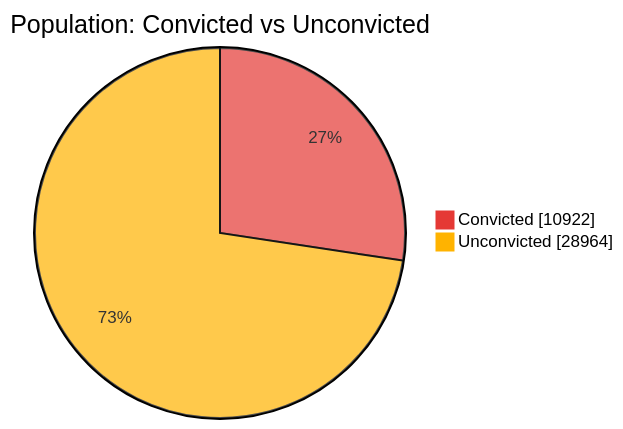
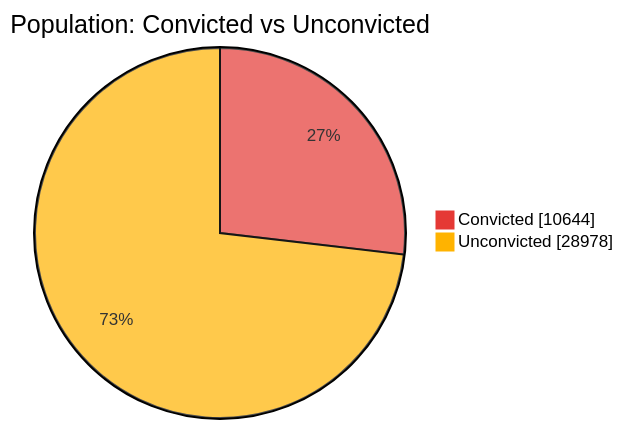
The first of 7 diagrams in README.md (nuuuwan/lk_prisons), drawn with Mermaid before and after one commit. The commit also changed other lines of this file and 1 other file, not shown here.

````diff
--- a/README.md
+++ b/README.md
@@ -43,6 +43,6 @@
 ```mermaid
 %%{init: {'themeVariables': {'pie1': '#E53935', 'pie2': '#FFB300'}}}%%
 pie showData title Population: Convicted vs Unconvicted
-    "Convicted" : 10922
-    "Unconvicted" : 28964
+    "Convicted" : 10644
+    "Unconvicted" : 28978
 ```
````
